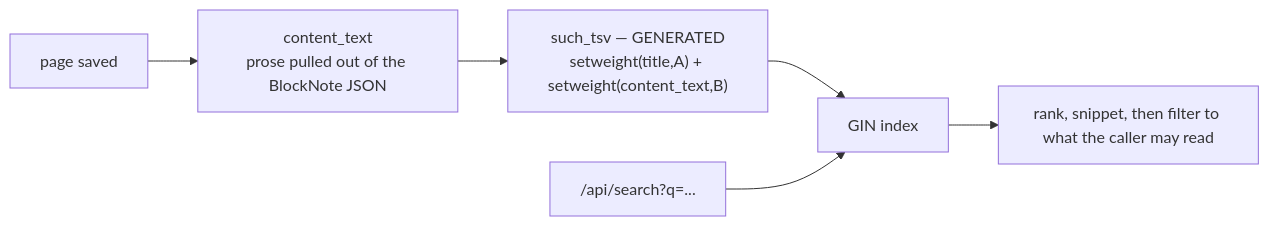
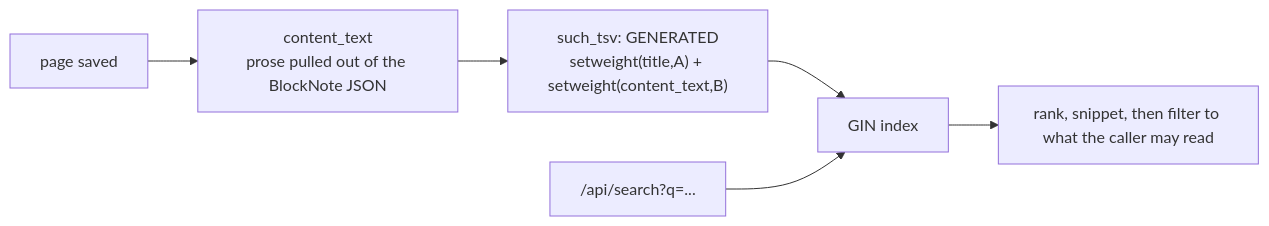
One commit to Dschonas04/Nexora changed diagram 14 of 16 in docs/architecture.md. Above: the diagram before and after it, drawn with Mermaid. The commit also changed other lines of this file and 64 other files, not shown here.

````diff
--- a/docs/architecture.md
+++ b/docs/architecture.md
@@ -817,8 +817,8 @@
 ```mermaid
 graph LR
     save["page saved"] --> ct["content_text<br/>prose pulled out of the BlockNote JSON"]
-    ct --> tsv["such_tsv — GENERATED<br/>setweight(title,A) + setweight(content_text,B)"]
+    ct --> tsv["such_tsv: GENERATED<br/>setweight(title,A) + setweight(content_text,B)"]
     tsv --> gin["GIN index"]
     q["/api/search?q=..."] --> gin
     gin --> rank["rank, snippet, then filter to what the caller may read"]
 ```
````
